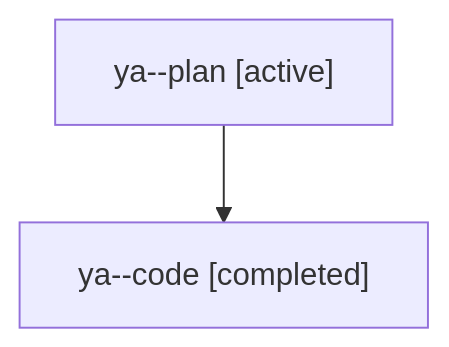
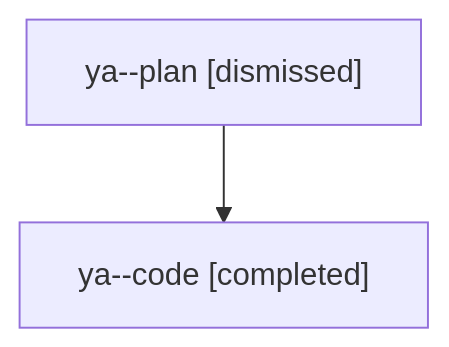
The diagram in sessions/bbugyi200.athena.ya.md (sase-org/sase--agents), drawn with Mermaid before and after one commit. The commit also changed other lines of this file and 23 other files, not shown here.

````diff
--- a/sessions/bbugyi200.athena.ya.md
+++ b/sessions/bbugyi200.athena.ya.md
@@ -9,6 +9,6 @@
 ```mermaid
 flowchart TD
-  n0["ya--plan [active]"]
+  n0["ya--plan [dismissed]"]
   n1["ya--code [completed]"]
   n0 --> n1
 ```
````
